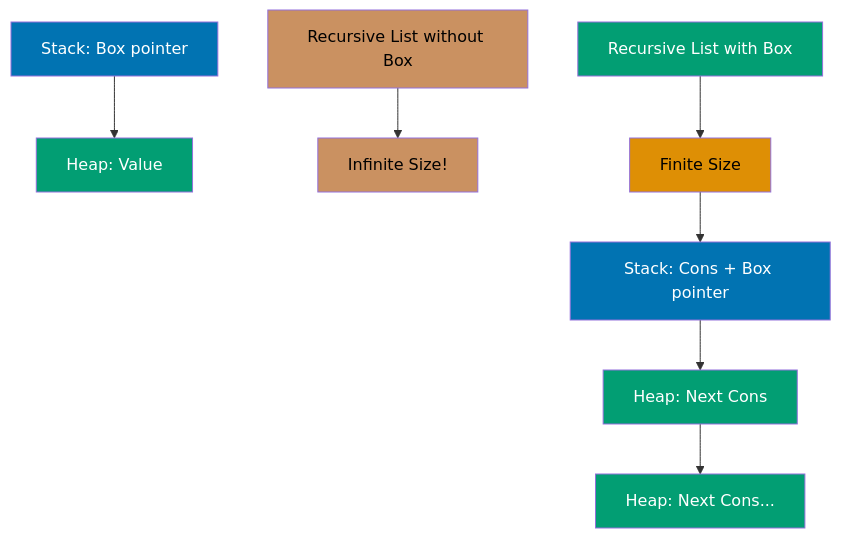
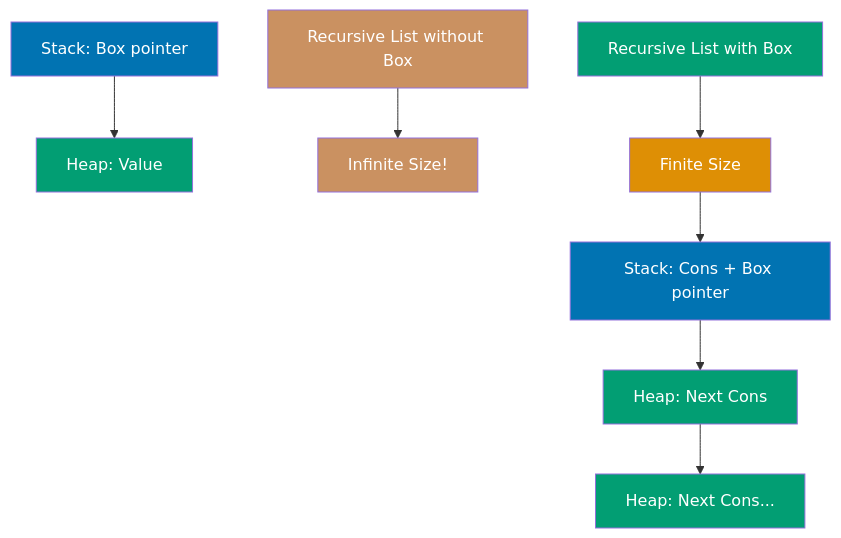
The sixth of 12 diagrams in apps/ayokoding-web/content/en/learn/software-engineering/programming-languages/rust/by-example/intermediate.md (wahidyankf/open-sharia-enterprise), drawn with Mermaid before and after one commit. The commit also changed other lines of this file and 61 other files, not shown here.

First line of the commit message:
fix(ayokoding-web): quote Mermaid node labels with special characters in Example 63

````diff
--- a/apps/ayokoding-web/content/en/learn/software-engineering/programming-languages/rust/by-example/intermediate.md
+++ b/apps/ayokoding-web/content/en/learn/software-engineering/programming-languages/rust/by-example/intermediate.md
@@ -1150,20 +1150,20 @@
 ```mermaid
 %% Box heap allocation and recursive types
 graph TD
     A[Stack: Box pointer] --> B[Heap: Value]
     C[Recursive List without Box] --> D[Infinite Size!]
     E[Recursive List with Box] --> F[Finite Size]
     F --> G[Stack: Cons + Box pointer]
     G --> H[Heap: Next Cons]
     H --> I[Heap: Next Cons...]
 
     style A fill:#0173B2,color:#fff
     style B fill:#029E73,color:#fff
-    style C fill:#CA9161,color:#000
-    style D fill:#CA9161,color:#000
+    style C fill:#CA9161,color:#fff
+    style D fill:#CA9161,color:#fff
     style E fill:#029E73,color:#fff
-    style F fill:#DE8F05,color:#000
+    style F fill:#DE8F05,color:#fff
     style G fill:#0173B2,color:#fff
     style H fill:#029E73,color:#fff
     style I fill:#029E73,color:#fff
 ```
````
